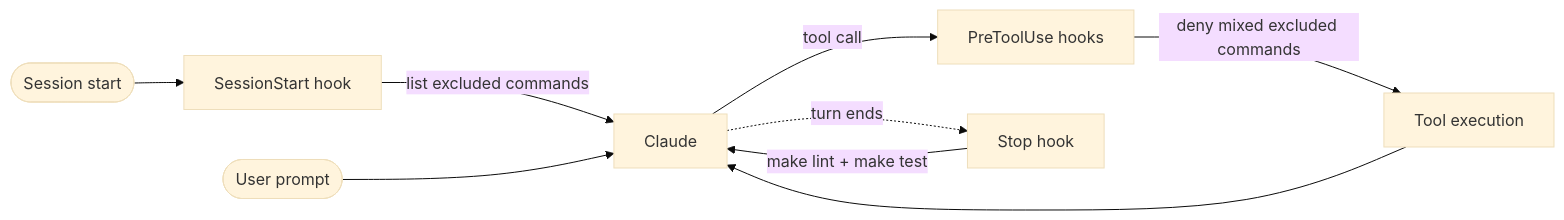
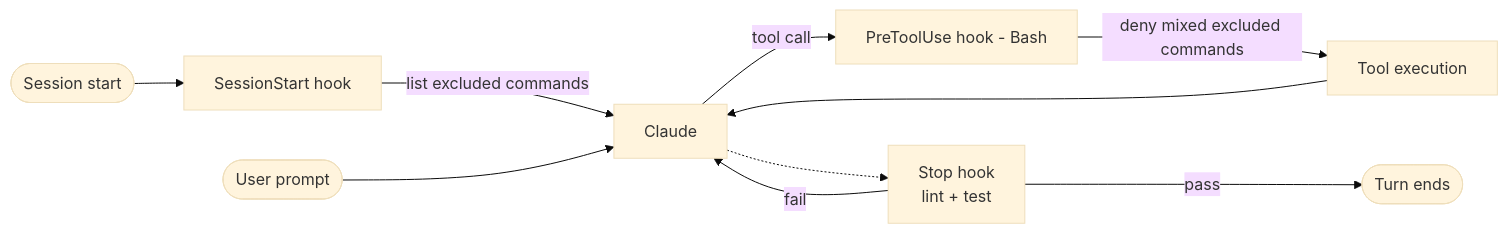
Before and after one commit to berekvolgyipeter/dotclaude: the first of 4 diagrams in README.md, drawn with Mermaid (base theme). The commit also changed other lines of this file and 16 other files, not shown here.

````diff
--- a/README.md
+++ b/README.md
@@ -23,11 +23,12 @@
 ```mermaid
 flowchart LR
     Start([Session start]) --> Notice[SessionStart hook]
     Notice -->|list excluded commands| Claude
     User([User prompt]) --> Claude
-    Claude -->|tool call| Pre[PreToolUse hooks]
+    Claude -->|tool call| Pre[PreToolUse hook - Bash]
     Pre -->|deny mixed excluded commands| Tool[Tool execution]
     Tool --> Claude
-    Claude -.turn ends.-> Stop[Stop hook]
-    Stop -->|make lint + make test| Claude
+    Claude -.-> Stop[Stop hook<br/>lint + test]
+    Stop -->|pass| Done([Turn ends])
+    Stop -->|fail| Claude
 ```
````
